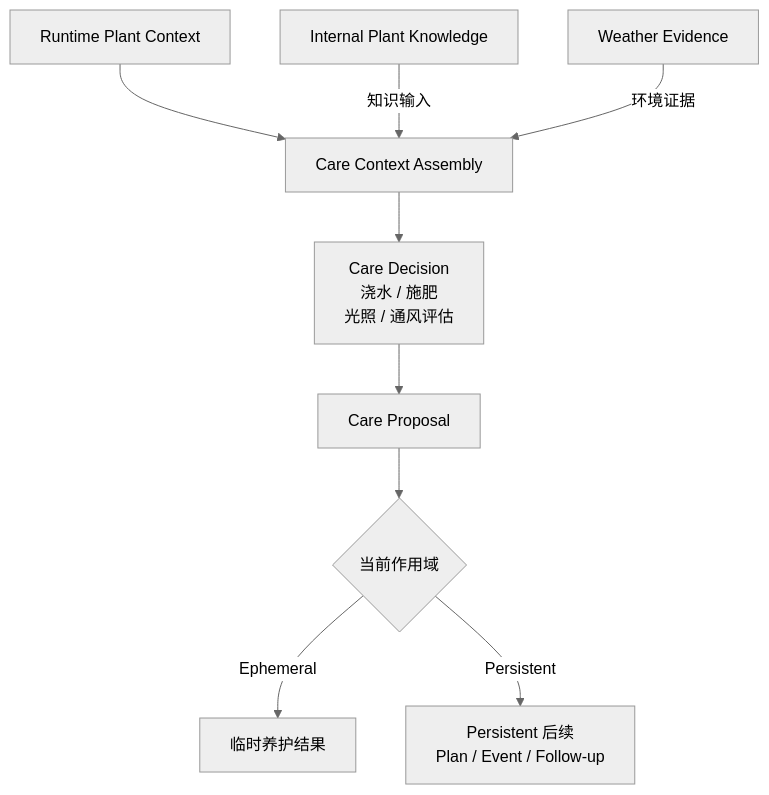
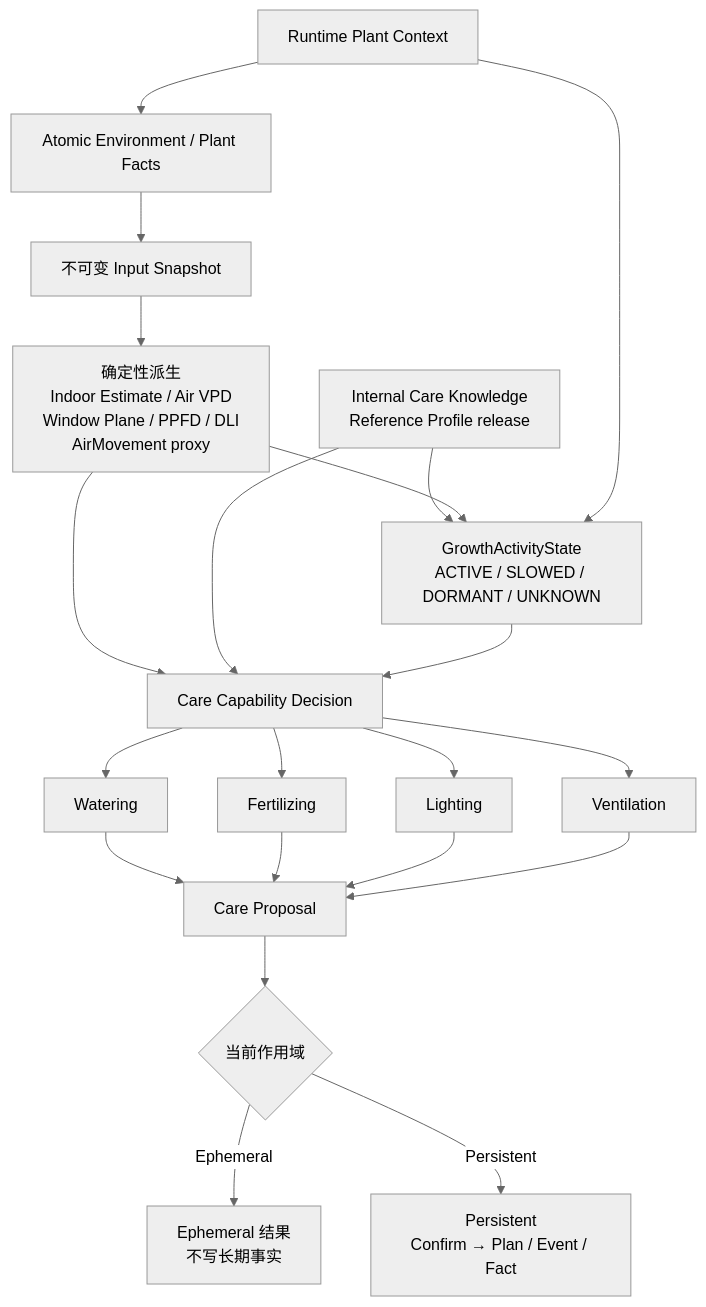
Diagram 13 of 25 in docs/backend-v2/architecture/business-domain-layers.md (dang0705/planting), drawn with Mermaid (neutral theme) before and after one commit. The commit also changed other lines of this file and 1047 other files, not shown here.

````diff
--- a/docs/backend-v2/architecture/business-domain-layers.md
+++ b/docs/backend-v2/architecture/business-domain-layers.md
@@ -468,21 +470,37 @@
 ```mermaid
 flowchart TB
   ctx["Runtime Plant Context"]
-  knowledge["Internal Plant Knowledge"]
-  weather["Weather Evidence"]
-  input["Care Context Assembly"]
-  care["Care Decision<br/>浇水 / 施肥<br/>光照 / 通风评估"]
+  atoms["Atomic Environment / Plant Facts"]
+  snapshot["不可变 Input Snapshot"]
+  derive["确定性派生<br/>Indoor Estimate / Air VPD<br/>Window Plane / PPFD / DLI<br/>AirMovement proxy"]
+  traits["Internal Care Knowledge<br/>Reference Profile release"]
+  growth["GrowthActivityState<br/>ACTIVE / SLOWED / DORMANT / UNKNOWN"]
+  care["Care Capability Decision"]
+  watering["Watering"]
+  fertilizing["Fertilizing"]
+  lighting["Lighting"]
+  ventilation["Ventilation"]
   proposal["Care Proposal"]
   scope{"当前作用域"}
-  temp["临时养护结果"]
-  action["Persistent 后续<br/>Plan / Event / Follow-up"]
+  temp["Ephemeral 结果<br/>不写长期事实"]
+  persistent["Persistent<br/>Confirm → Plan / Event / Fact"]
 
-  ctx --> input
-  knowledge -->|知识输入| input
-  weather -->|环境证据| input
-  input --> care
-  care --> proposal
+  ctx --> atoms --> snapshot --> derive
+  traits --> growth
+  derive --> growth
+  ctx --> growth
+  derive --> care
+  traits --> care
+  growth --> care
+  care --> watering
+  care --> fertilizing
+  care --> lighting
+  care --> ventilation
+  watering --> proposal
+  fertilizing --> proposal
+  lighting --> proposal
+  ventilation --> proposal
   proposal --> scope
   scope -->|Ephemeral| temp
-  scope -->|Persistent| action
+  scope -->|Persistent| persistent
 ```
````
